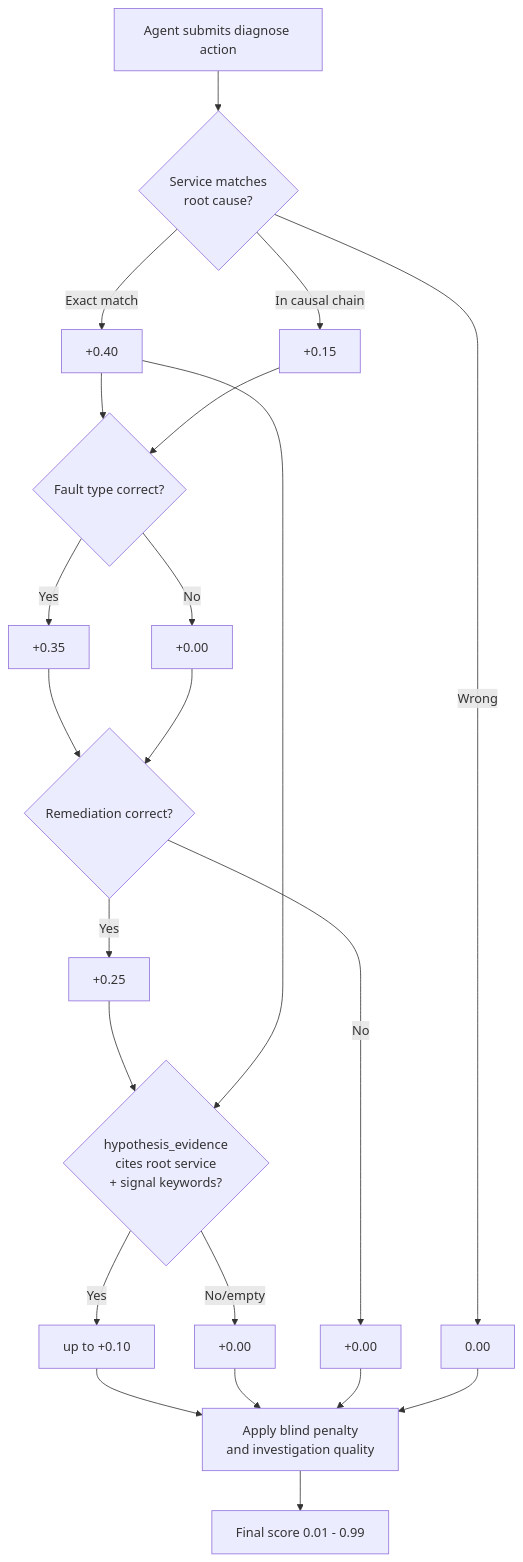
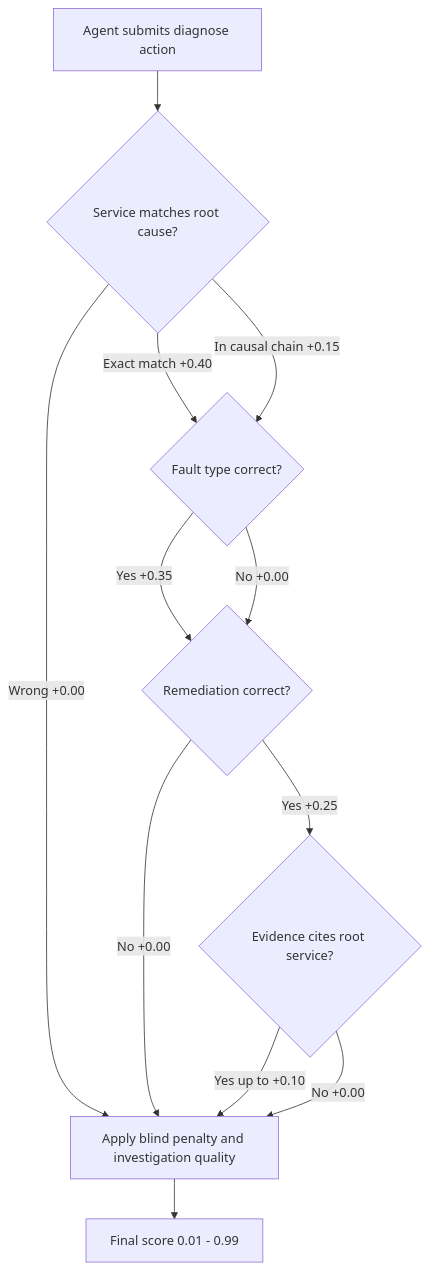
Before and after one commit to wildcraft958/incident_triage_env: the sixth of 7 diagrams in docs/ARCHITECTURE.md, drawn with Mermaid. The commit also changed other lines of this file and 1 other file, not shown here.

First line of the commit message:
Fix remaining Mermaid render failures on GitHub

````diff
--- a/docs/ARCHITECTURE.md
+++ b/docs/ARCHITECTURE.md
@@ -167,28 +163,14 @@
 ```mermaid
 flowchart TD
-    A["Agent submits diagnose action"] --> B{"Service matches<br/>root cause?"}
-    B -->|"Exact match"| C["+0.40"]
-    B -->|"In causal chain"| D["+0.15"]
-    B -->|"Wrong"| E["0.00"]
-
-    C --> F{"Fault type correct?"}
-    D --> F
-    F -->|"Yes"| G["+0.35"]
-    F -->|"No"| H["+0.00"]
-
-    G --> I{"Remediation correct?"}
-    H --> I
-    I -->|"Yes"| J["+0.25"]
-    I -->|"No"| K["+0.00"]
-
-    J --> EV{"hypothesis_evidence<br/>cites root service<br/>+ signal keywords?"}
-    C --> EV
-    EV -->|"Yes"| EVB["up to +0.10"]
-    EV -->|"No/empty"| EVN["+0.00"]
-
-    EVB --> P["Apply blind penalty<br/>and investigation quality"]
-    EVN --> P
-    K --> P
-    E --> P
-    P --> O["Final score 0.01 - 0.99"]
+    A["Agent submits diagnose action"] --> B{"Service matches root cause?"}
+    B -->|"Exact match +0.40"| F{"Fault type correct?"}
+    B -->|"In causal chain +0.15"| F
+    B -->|"Wrong +0.00"| P
+    F -->|"Yes +0.35"| I{"Remediation correct?"}
+    F -->|"No +0.00"| I
+    I -->|"Yes +0.25"| EV{"Evidence cites root service?"}
+    I -->|"No +0.00"| P
+    EV -->|"Yes up to +0.10"| P
+    EV -->|"No +0.00"| P
+    P["Apply blind penalty and investigation quality"] --> O["Final score 0.01 - 0.99"]
 ```
````
